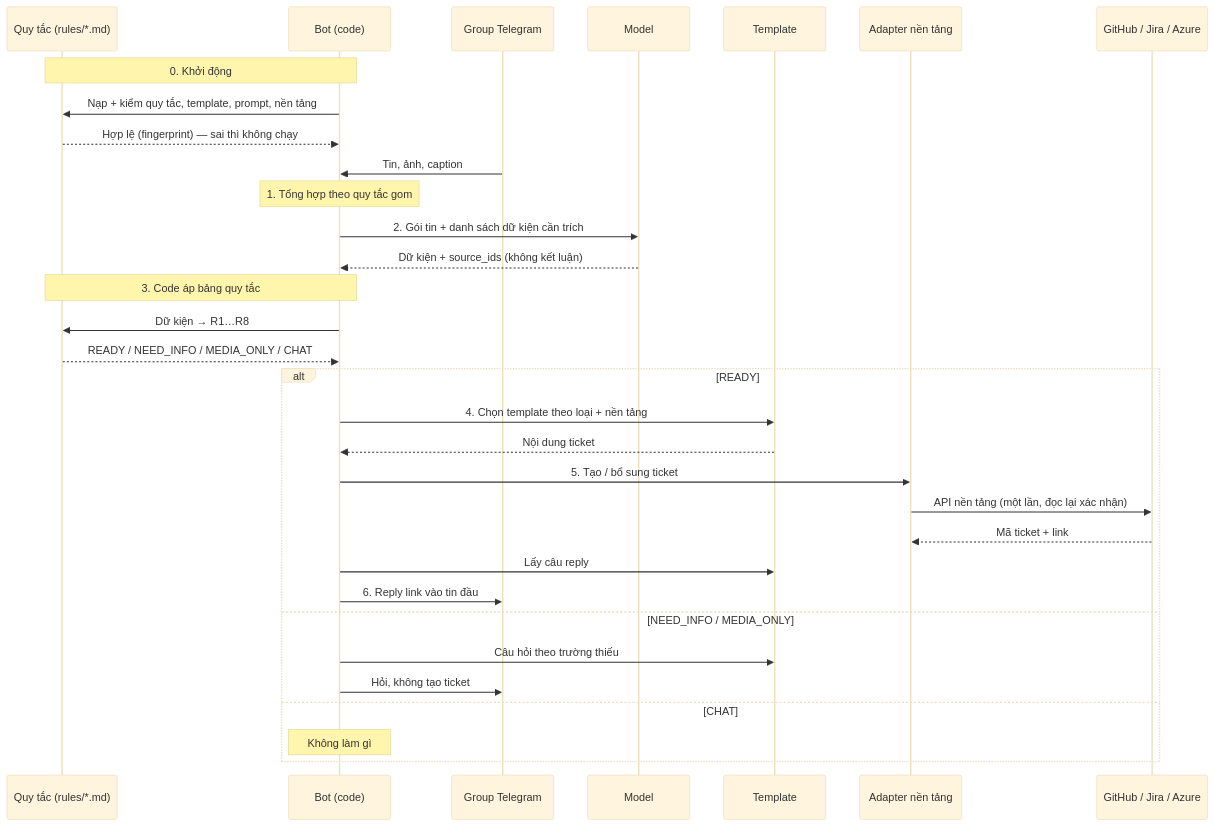
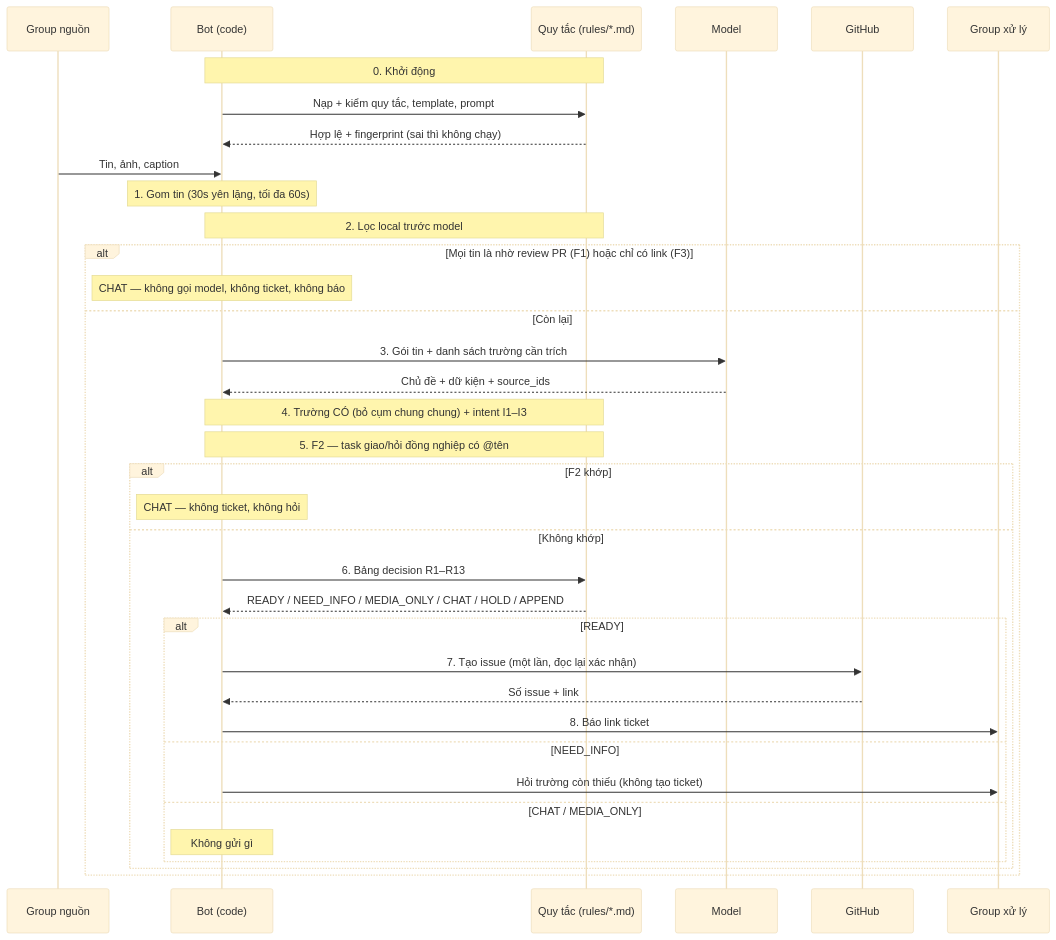
The third of 8 diagrams in Docs/01-product/telegram-triage-noissue_business-flow_261028_v1.0.0.md (SotaThao/Listener-ticket), drawn with Mermaid (base theme) before and after one commit. The commit also changed other lines of this file and 2 other files, not shown here.

Commit message:
docs/2178_go-ba8f5b0
Record the Owner GO card for ba8f5b0 (rule F3: a message that is only a
link is CHAT; link previews are not the sender's images) in
preflight.md, keeping the 5ecf7e5 card as history, and update the
current-state line in listener/AGENTS.md.

Rewrite the rules-mode sequence in the business-flow doc: it still said
rules mode was not deployed, listed R1-R8 and showed the bot replying in
the source group. It now shows the running flow: F1 and F3 before the
model, generic phrases and intent resolution, F2 after the model, the
R1-R13 decision table, and every bot message in the ops group only
(source_reactions=false). The PR #81 sequence is labelled legacy.

Owner 2026-11-06: "Ký GO" (P8 WAIVED, P12 watched on real messages).
Rules fingerprint 0eba5319dadf30f50b98dcd7098c9ad356694cdbb2838998a48e86ba6d6a151d,
template 4e09d8626c7c3b1c49498cf51c560e613a93edb2458315ab876d71834dd2ef44.
Policy PASS, test_rules_markdown OK.

Refs vlink-group/vlink-nexora#2178

````diff
--- a/Docs/01-product/telegram-triage-noissue_business-flow_261028_v1.0.0.md
+++ b/Docs/01-product/telegram-triage-noissue_business-flow_261028_v1.0.0.md
@@ -190,39 +192,41 @@
 ```mermaid
 sequenceDiagram
+    participant TG as Group nguồn
+    participant Bot as Bot (code)
     participant R as Quy tắc (rules/*.md)
-    participant Bot as Bot (code)
-    participant TG as Group Telegram
     participant M as Model
-    participant T as Template
-    participant A as Adapter nền tảng
-    participant X as GitHub / Jira / Azure
+    participant GH as GitHub
+    participant OPS as Group xử lý
 
     Note over Bot,R: 0. Khởi động
-    Bot->>R: Nạp + kiểm quy tắc, template, prompt, nền tảng
-    R-->>Bot: Hợp lệ (fingerprint) — sai thì không chạy
+    Bot->>R: Nạp + kiểm quy tắc, template, prompt
+    R-->>Bot: Hợp lệ + fingerprint (sai thì không chạy)
 
     TG->>Bot: Tin, ảnh, caption
-    Note over Bot: 1. Tổng hợp theo quy tắc gom
+    Note over Bot: 1. Gom tin (30s yên lặng, tối đa 60s)
 
-    Bot->>M: 2. Gói tin + danh sách dữ kiện cần trích
-    M-->>Bot: Dữ kiện + source_ids (không kết luận)
-
-    Note over Bot,R: 3. Code áp bảng quy tắc
-    Bot->>R: Dữ kiện → R1…R8
-    R-->>Bot: READY / NEED_INFO / MEDIA_ONLY / CHAT
-
-    alt READY
-        Bot->>T: 4. Chọn template theo loại + nền tảng
-        T-->>Bot: Nội dung ticket
-        Bot->>A: 5. Tạo / bổ sung ticket
-        A->>X: API nền tảng (một lần, đọc lại xác nhận)
-        X-->>A: Mã ticket + link
-        Bot->>T: Lấy câu reply
-        Bot->>TG: 6. Reply link vào tin đầu
-    else NEED_INFO / MEDIA_ONLY
-        Bot->>T: Câu hỏi theo trường thiếu
-        Bot->>TG: Hỏi, không tạo ticket
-    else CHAT
-        Note over Bot: Không làm gì
+    Note over Bot,R: 2. Lọc local trước model
+    alt Mọi tin là nhờ review PR (F1) hoặc chỉ có link (F3)
+        Note over Bot: CHAT — không gọi model, không ticket, không báo
+    else Còn lại
+        Bot->>M: 3. Gói tin + danh sách trường cần trích
+        M-->>Bot: Chủ đề + dữ kiện + source_ids
+        Note over Bot,R: 4. Trường CÓ (bỏ cụm chung chung) + intent I1–I3
+        Note over Bot,R: 5. F2 — task giao/hỏi đồng nghiệp có @tên
+        alt F2 khớp
+            Note over Bot: CHAT — không ticket, không hỏi
+        else Không khớp
+            Bot->>R: 6. Bảng decision R1–R13
+            R-->>Bot: READY / NEED_INFO / MEDIA_ONLY / CHAT / HOLD / APPEND
+            alt READY
+                Bot->>GH: 7. Tạo issue (một lần, đọc lại xác nhận)
+                GH-->>Bot: Số issue + link
+                Bot->>OPS: 8. Báo link ticket
+            else NEED_INFO
+                Bot->>OPS: Hỏi trường còn thiếu (không tạo ticket)
+            else CHAT / MEDIA_ONLY
+                Note over Bot: Không gửi gì
+            end
+        end
     end
 ```
````
